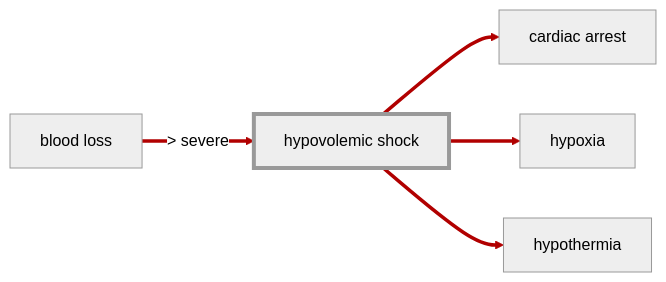
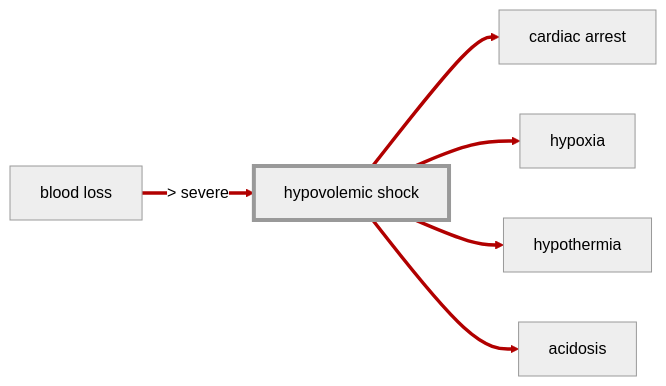
One commit to TkabRft/rimworld-more-injuries changed the diagram in docs/wiki/injuries/hypovolemic-shock.md. Above: the diagram before and after it, drawn with Mermaid (neutral theme). The commit also changed other lines of this file and 24 other files, not shown here.

First line of the commit message:
Scale shock treatment by quality and accumulate sustained-shock acidosis

````diff
--- a/docs/wiki/injuries/hypovolemic-shock.md
+++ b/docs/wiki/injuries/hypovolemic-shock.md
@@ -13,15 +13,16 @@
 ```mermaid
 ---
 config:
   flowchart:
     htmlLabels: true
 ---
 flowchart LR
   blood_loss[blood loss] ==> | &gt; severe | hypovolemic_shock[hypovolemic shock]
   hypovolemic_shock ==> cardiac_arrest[cardiac arrest]
   hypovolemic_shock ==> organ_hypoxia[hypoxia]
   hypovolemic_shock ==> hypothermia[hypothermia]
+  hypovolemic_shock ==> acidosis[acidosis]
 
-  linkStyle 0,1,2,3 stroke: #b10000
+  linkStyle 0,1,2,3,4 stroke: #b10000
   style hypovolemic_shock stroke-width: 4px
 ```
````
